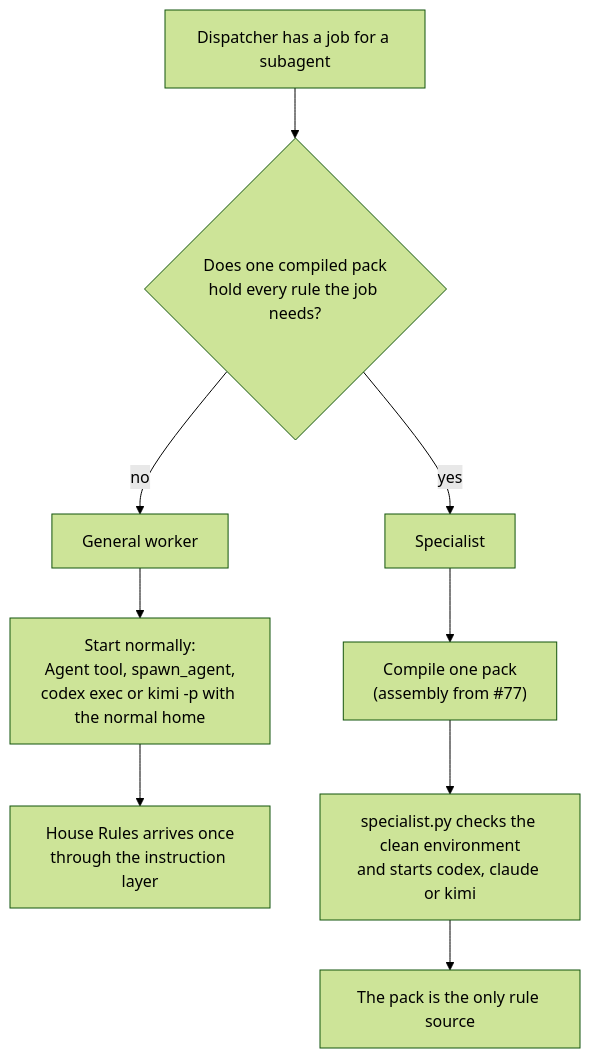
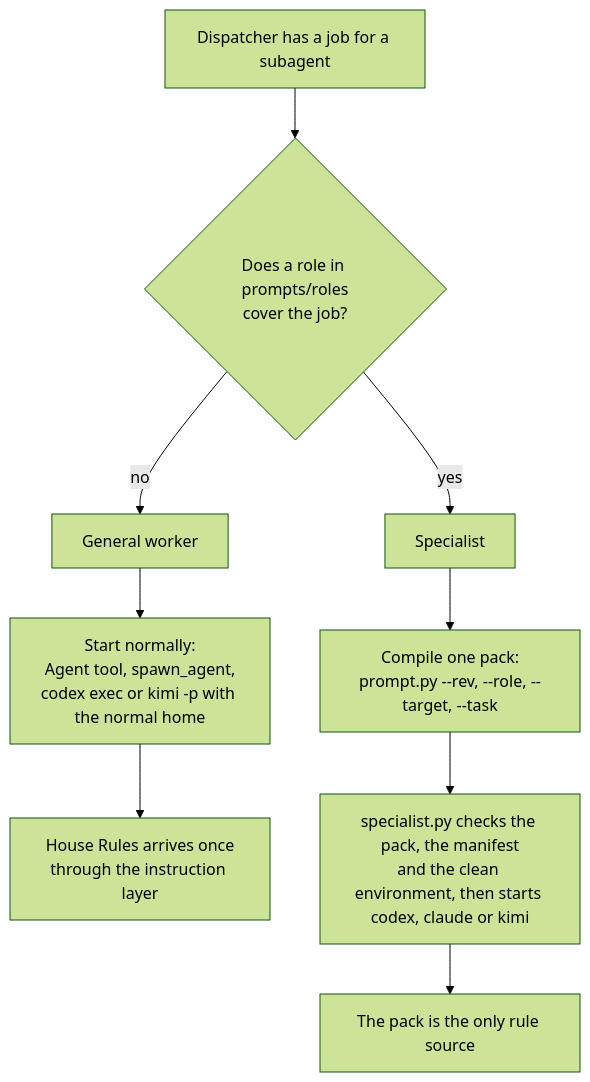
The diagram in docs/design/75-subagent-profiles.md (jak-pan/house-rules), drawn with Mermaid (forest theme) before and after one commit. The commit also changed other lines of this file, not shown here.

````diff
--- a/docs/design/75-subagent-profiles.md
+++ b/docs/design/75-subagent-profiles.md
@@ -55,11 +58,11 @@
 ```mermaid
 flowchart TB
-  D["Dispatcher has a job for a subagent"] --> Q{"Does one compiled pack<br/>hold every rule the job needs?"}
+  D["Dispatcher has a job for a subagent"] --> Q{"Does a role in prompts/roles<br/>cover the job?"}
   Q -- "no" --> G["General worker"]
   G --> G1["Start normally:<br/>Agent tool, spawn_agent,<br/>codex exec or kimi -p with the normal home"]
   G1 --> G2["House Rules arrives once<br/>through the instruction layer"]
   Q -- "yes" --> S["Specialist"]
-  S --> S1["Compile one pack<br/>(assembly from #77)"]
-  S1 --> S2["specialist.py checks the clean environment<br/>and starts codex, claude or kimi"]
+  S --> S1["Compile one pack:<br/>prompt.py --rev, --role, --target, --task"]
+  S1 --> S2["specialist.py checks the pack, the manifest<br/>and the clean environment, then starts codex, claude or kimi"]
   S2 --> S3["The pack is the only rule source"]
 ```
````
